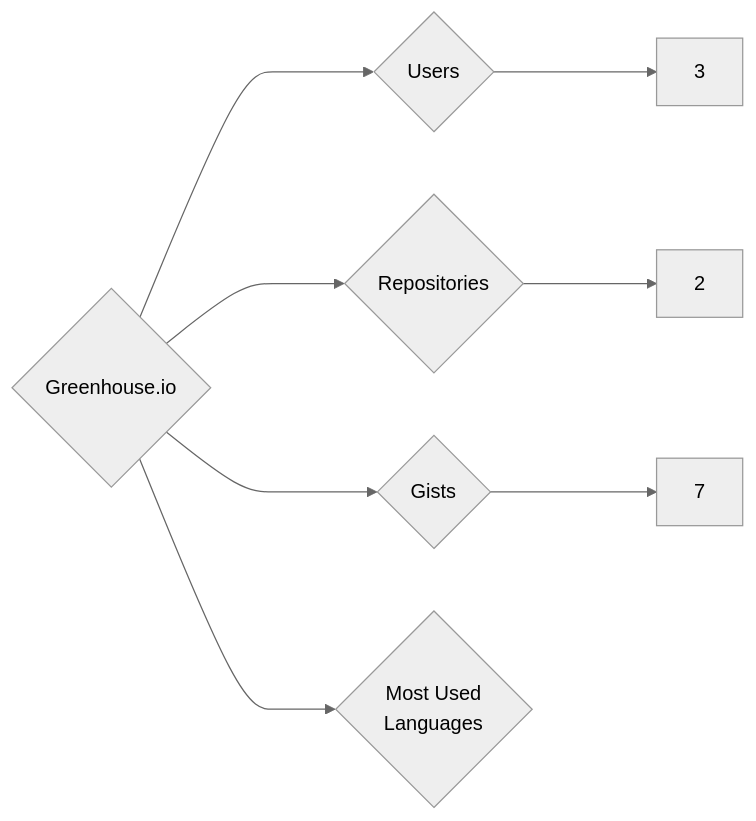
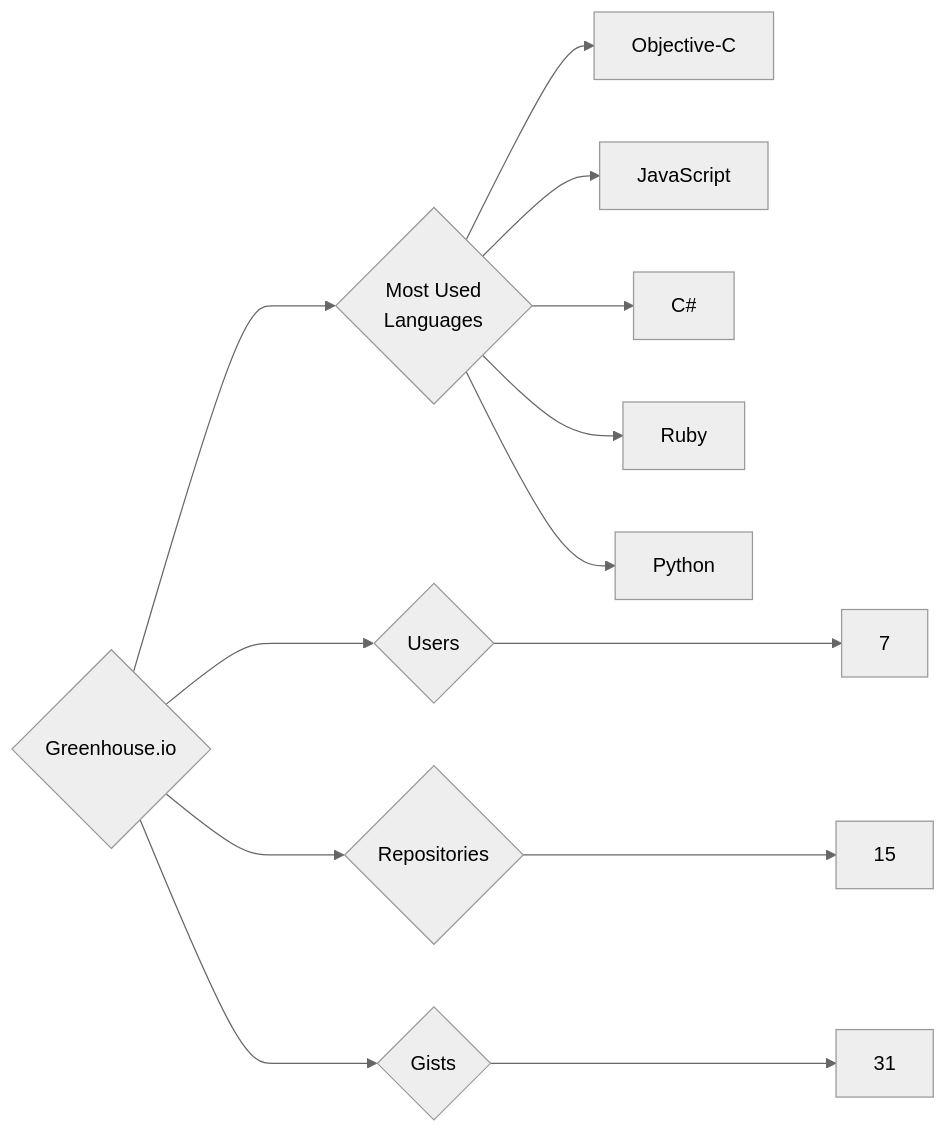
One commit to trickest/insiders changed the diagram in targets/Greenhouse.io/README.md. Above: the diagram before and after it, drawn with Mermaid (neutral theme). The commit also changed 1036 other files, not shown here.

````diff
--- a/targets/Greenhouse.io/README.md
+++ b/targets/Greenhouse.io/README.md
@@ -3,8 +3,13 @@
 ```mermaid
 graph LR
 COMPANY_NAME{Greenhouse.io}
-COMPANY_NAME ---> U{Users} ---> UN[3]
-COMPANY_NAME ---> R{Repositories} ---> RN[2]
-COMPANY_NAME ---> G{Gists} ---> GN[7]
+COMPANY_NAME ---> U{Users} ---> UN[7]
+COMPANY_NAME ---> R{Repositories} ---> RN[15]
+COMPANY_NAME ---> G{Gists} ---> GN[31]
 COMPANY_NAME ---> ML{Most Used<br>Languages}
+ML --> Objective-C[Objective-C]
+ML --> JavaScript[JavaScript]
+ML --> C#[C#]
+ML --> Ruby[Ruby]
+ML --> Python[Python]
 ```
````
